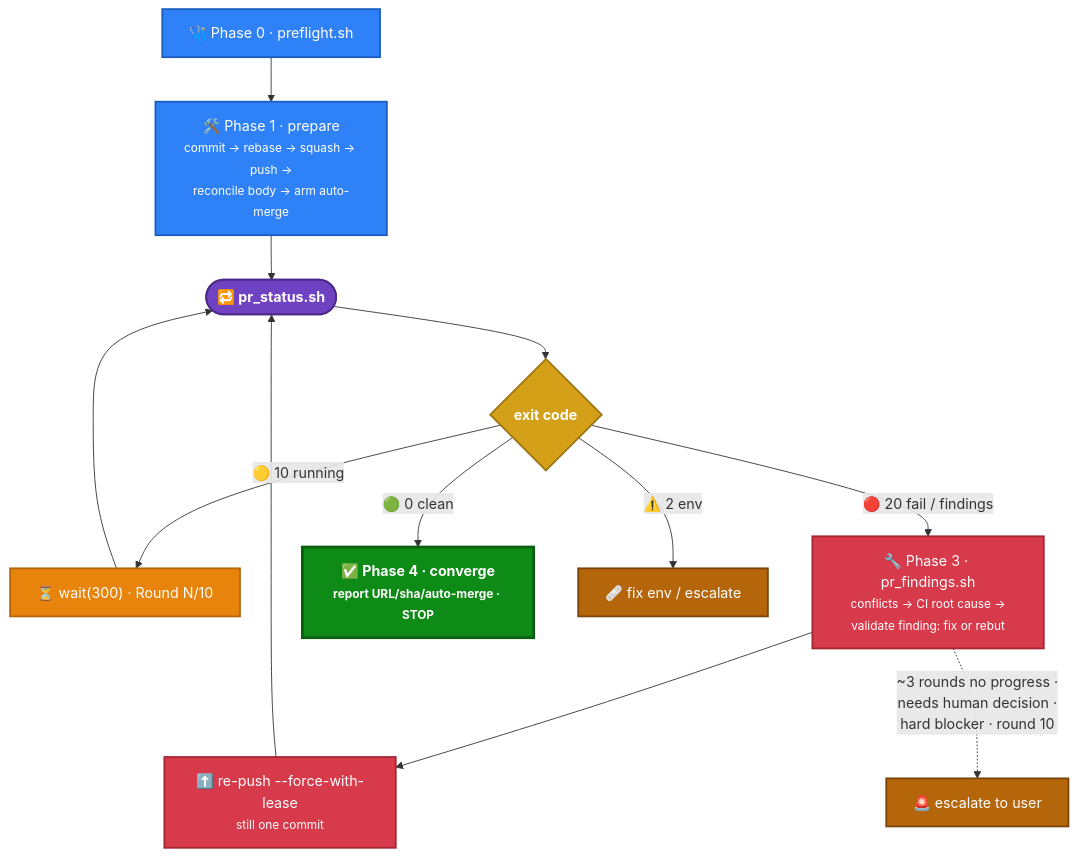
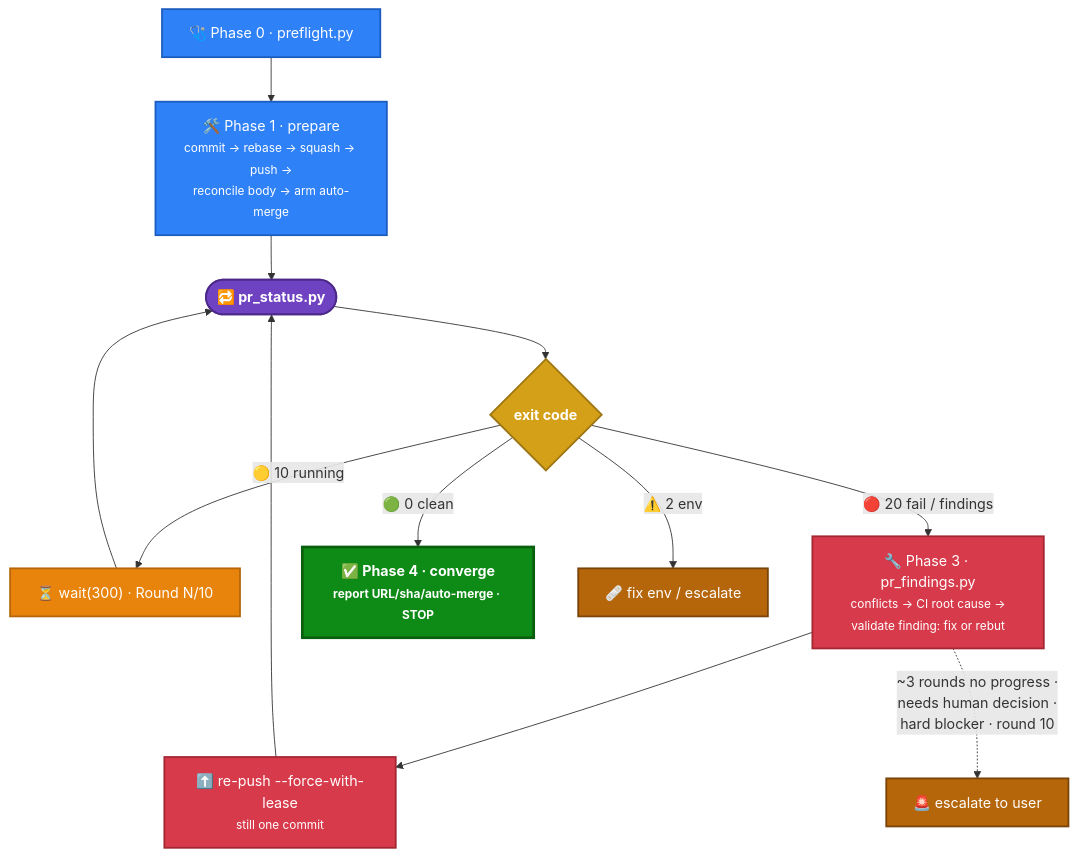
Before and after one commit to Arin016/KiroCrew: the third of 3 diagrams in docs/ci/ci-and-prepare-pr.md, drawn with Mermaid. The commit also changed other lines of this file, not shown here.

First line of the commit message:
docs(ci): refresh CI & prepare-pr doc for PR #549 review de-noise (#566)

````diff
--- a/docs/ci/ci-and-prepare-pr.md
+++ b/docs/ci/ci-and-prepare-pr.md
@@ -201,28 +206,28 @@
 ```mermaid
 flowchart TB
-    P0["🩺 Phase 0 · preflight.sh"] --> P1["🛠️ Phase 1 · prepare<br/><small>commit → rebase → squash → push →<br/>reconcile body → arm auto-merge</small>"]
-    P1 --> S(["🔁 pr_status.sh"])
+    P0["🩺 Phase 0 · preflight.py"] --> P1["🛠️ Phase 1 · prepare<br/><small>commit → rebase → squash → push →<br/>reconcile body → arm auto-merge</small>"]
+    P1 --> S(["🔁 pr_status.py"])
     S --> E{"exit code"}
     E -- "🟡 10 running" --> WAIT["⏳ wait(300) · Round N/10"] --> S
-    E -- "🔴 20 fail / findings" --> F["🔧 Phase 3 · pr_findings.sh<br/><small>conflicts → CI root cause →<br/>validate finding: fix or rebut</small>"]
+    E -- "🔴 20 fail / findings" --> F["🔧 Phase 3 · pr_findings.py<br/><small>conflicts → CI root cause →<br/>validate finding: fix or rebut</small>"]
     F --> RP["⬆️ re-push --force-with-lease<br/><small>still one commit</small>"] --> S
     E -- "🟢 0 clean" --> DONE["✅ Phase 4 · converge<br/><small>report URL/sha/auto-merge · STOP</small>"]
     E -- "⚠️ 2 env" --> ENV["🩹 fix env / escalate"]
     F -. "~3 rounds no progress ·<br/>needs human decision ·<br/>hard blocker · round 10" .-> ESC["🚨 escalate to user"]
 
     classDef phase fill:#2f81f7,stroke:#1c5cbf,stroke-width:2px,color:#fff;
     classDef loop fill:#6f42c1,stroke:#4c2889,stroke-width:2px,color:#fff,font-weight:bold;
     classDef decision fill:#d4a017,stroke:#9c7611,stroke-width:2px,color:#fff,font-weight:bold;
     classDef wait fill:#e8830c,stroke:#b5650a,stroke-width:2px,color:#fff;
     classDef fix fill:#d73a4a,stroke:#a32633,stroke-width:2px,color:#fff;
     classDef done fill:#0e8a16,stroke:#0a5f0f,stroke-width:3px,color:#fff,font-weight:bold;
     classDef warn fill:#b5650a,stroke:#7a430a,stroke-width:2px,color:#fff;
 
     class P0,P1 phase;
     class S loop;
     class E decision;
     class WAIT wait;
     class F,RP fix;
     class DONE done;
     class ENV,ESC warn;
 ```
````
